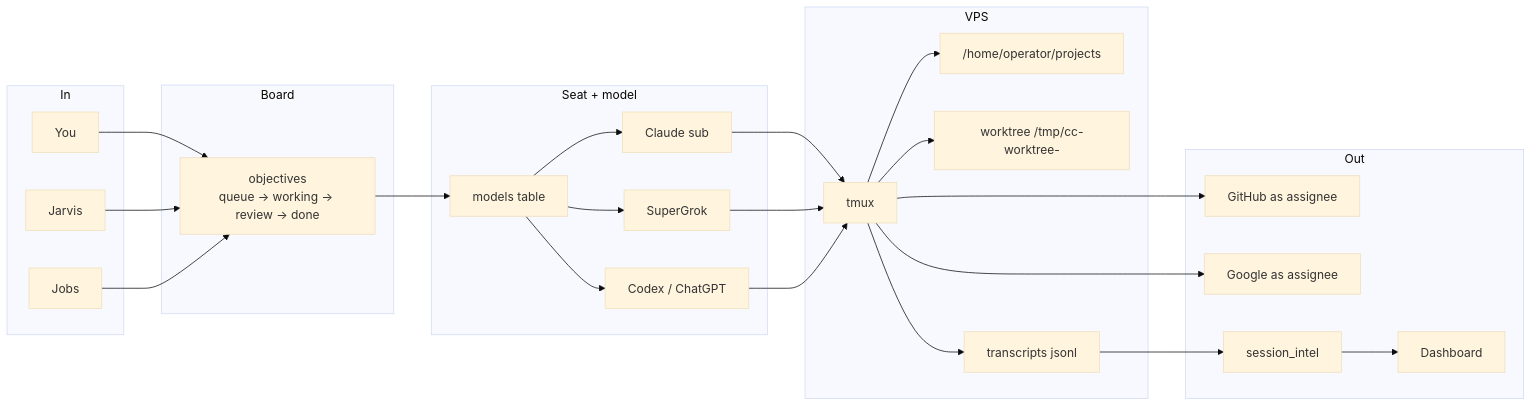
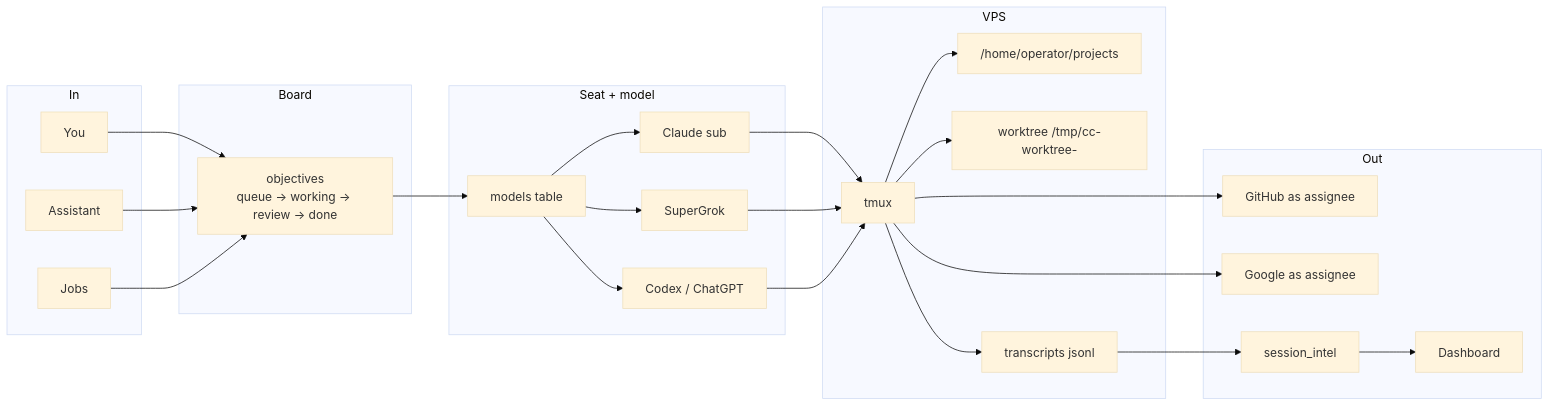
One commit to m1keluka/OperationKit changed the diagram in docs/product/02-how-it-works.md. Above: the diagram before and after it, drawn with Mermaid (base theme). The commit also changed other lines of this file and 284 other files, not shown here.

````diff
--- a/docs/product/02-how-it-works.md
+++ b/docs/product/02-how-it-works.md
@@ -5,51 +5,51 @@
 ```mermaid
 flowchart LR
   subgraph in["In"]
     U[You]
-    J[Jarvis]
+    J[Assistant]
     R[Jobs]
   end
 
   subgraph board["Board"]
     O["objectives\nqueue → working → review → done"]
   end
 
   subgraph engines["Seat + model"]
     C[Claude sub]
     G[SuperGrok]
     X[Codex / ChatGPT]
     M[models table]
   end
 
   subgraph host["VPS"]
     T[tmux]
     P["/home/operator/projects"]
     W["worktree /tmp/cc-worktree-<id>"]
     F[transcripts jsonl]
   end
 
   subgraph out["Out"]
     GH[GitHub as assignee]
     GM[Google as assignee]
     I[session_intel]
     D[Dashboard]
   end
 
   U --> O
   J --> O
   R --> O
   O --> M
   M --> C
   M --> G
   M --> X
   C --> T
   G --> T
   X --> T
   T --> P
   T --> W
   T --> F
   T --> GH
   T --> GM
   F --> I
   I --> D
 ```
````
